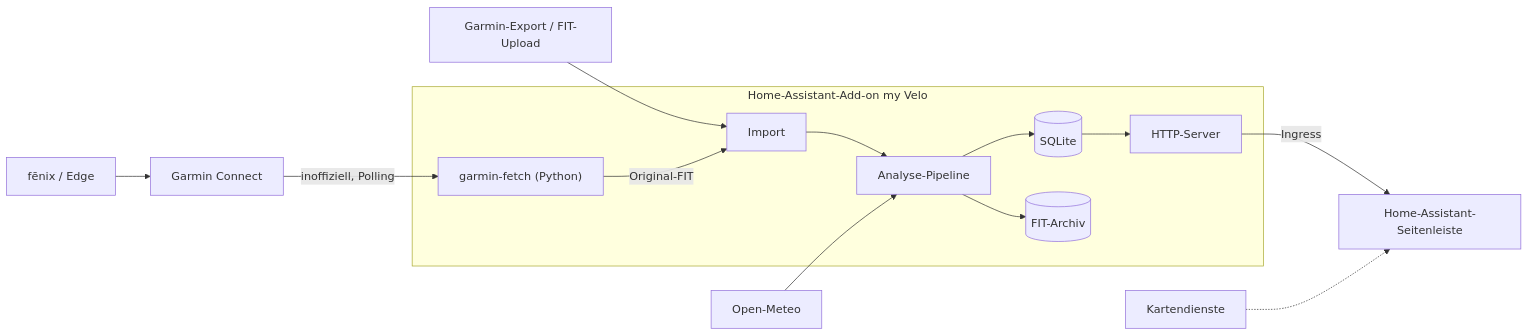
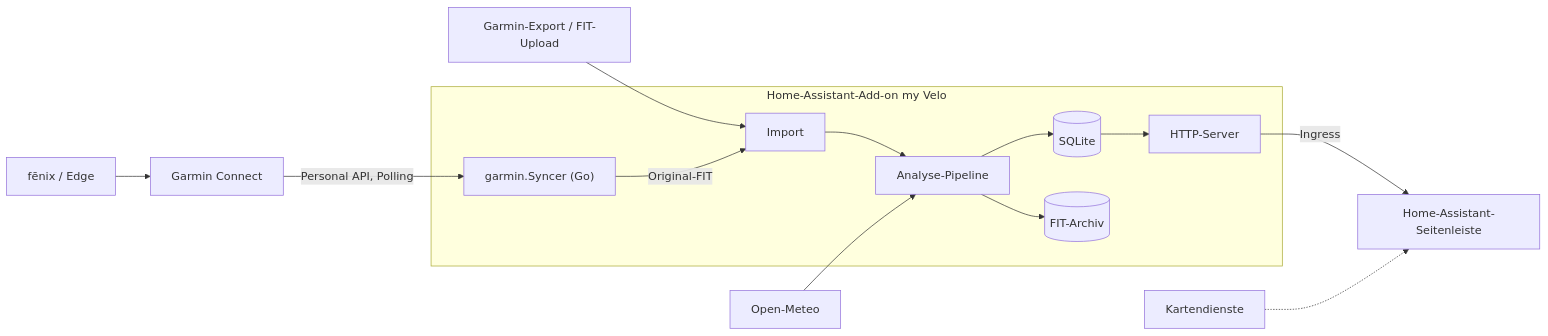
One commit to stefanluchs/my-velo changed the first of 3 diagrams in docs/architecture.md. Above: the diagram before and after it, drawn with Mermaid. The commit also changed other lines of this file and 7 other files, not shown here.

First line of the commit message:
Release 0.6.0: Personal API sync, new categories, Eddington

````diff
--- a/docs/architecture.md
+++ b/docs/architecture.md
@@ -9,16 +9,16 @@
 ```mermaid
 flowchart LR
     G[fēnix / Edge] --> GC[Garmin Connect]
-    GC -- "inoffiziell, Polling" --> PYF
+    GC -- "Personal API, Polling" --> SYNC
     EX[Garmin-Export / FIT-Upload] --> ING
     subgraph Addon["Home-Assistant-Add-on my Velo"]
-      PYF["garmin-fetch (Python)"] -- "Original-FIT" --> ING
+      SYNC["garmin.Syncer (Go)"] -- "Original-FIT" --> ING
       ING[Import] --> PIPE[Analyse-Pipeline]
       PIPE --> DB[(SQLite)]
       PIPE --> RAW[(FIT-Archiv)]
       DB --> WEB[HTTP-Server]
     end
     OM[Open-Meteo] --> PIPE
     WEB -- Ingress --> HA[Home-Assistant-Seitenleiste]
     TILES[Kartendienste] -.-> HA
 ```
````
